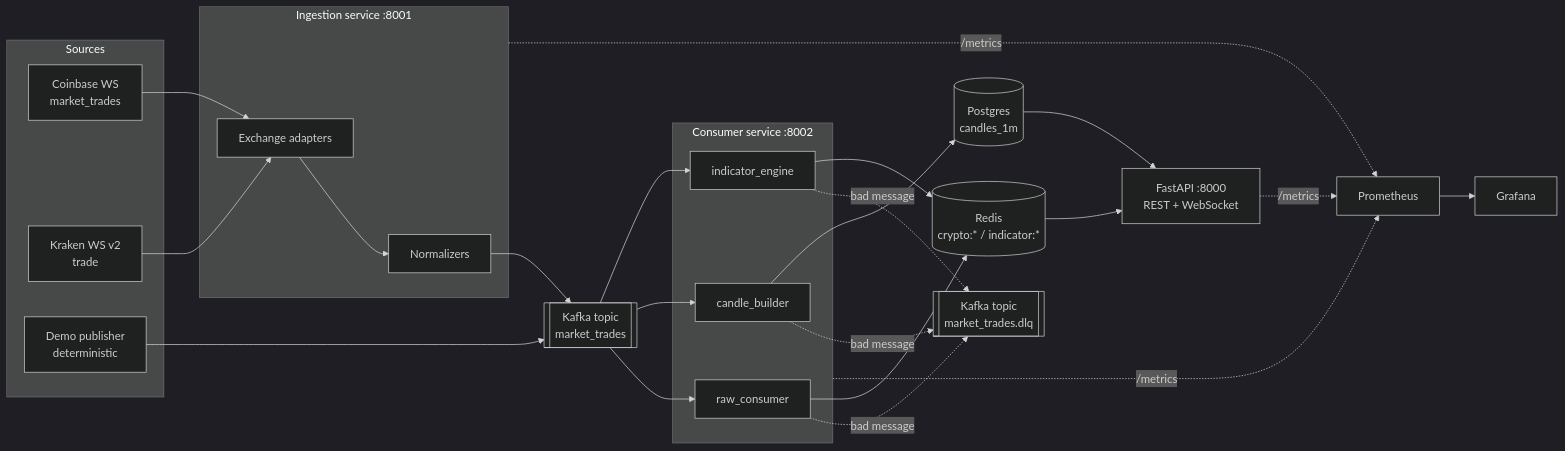
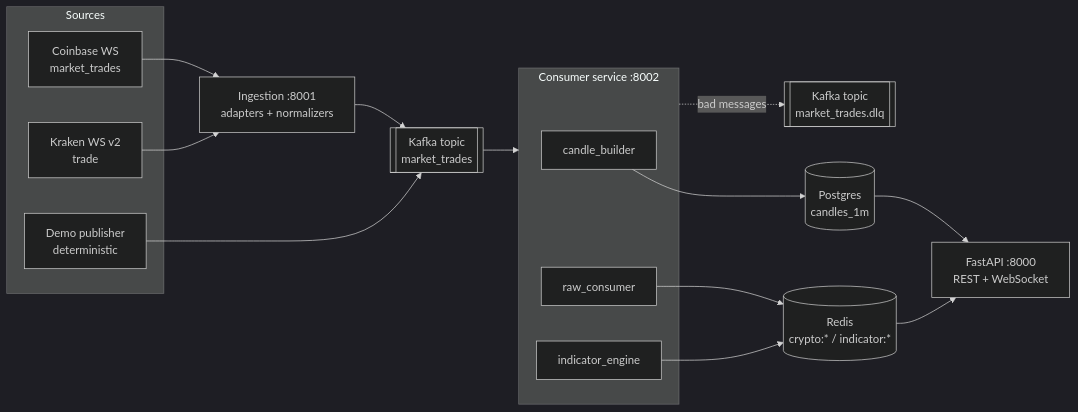
Before and after one commit to obro79/Flux: the first of 2 diagrams in docs/ARCHITECTURE.md, drawn with Mermaid (dark theme).

Commit message:
Simplify architecture overview diagram

````diff
--- a/docs/ARCHITECTURE.md
+++ b/docs/ARCHITECTURE.md
@@ -7,42 +7,27 @@
 ```mermaid
 flowchart LR
     subgraph Sources
         CB[Coinbase WS<br/>market_trades]
         KR[Kraken WS v2<br/>trade]
         DM[Demo publisher<br/>deterministic]
     end
-
-    subgraph Ingestion["Ingestion service :8001"]
-        AD[Exchange adapters]
-        NZ[Normalizers]
-    end
-
+    ING["Ingestion :8001<br/>adapters + normalizers"]
     K[[Kafka topic<br/>market_trades]]
-    DLQ[[Kafka topic<br/>market_trades.dlq]]
-
     subgraph Consumers["Consumer service :8002"]
+        TC[candle_builder]
         RC[raw_consumer]
-        TC[candle_builder]
         IC[indicator_engine]
     end
-
+    DLQ[[Kafka topic<br/>market_trades.dlq]]
     PG[(Postgres<br/>candles_1m)]
     RD[(Redis<br/>crypto:* / indicator:*)]
     API["FastAPI :8000<br/>REST + WebSocket"]
-    PR[Prometheus] --> GF[Grafana]
 
-    CB --> AD
-    KR --> AD
-    AD --> NZ --> K
+    CB & KR --> ING --> K
     DM --> K
-    K --> RC & TC & IC
-    RC & TC & IC -. bad message .-> DLQ
-    RC --> RD
-    IC --> RD
+    K --> Consumers
+    Consumers -. bad messages .-> DLQ
     TC --> PG
-    PG --> API
-    RD --> API
-    Ingestion -. /metrics .-> PR
-    Consumers -. /metrics .-> PR
-    API -. /metrics .-> PR
+    RC & IC --> RD
+    PG & RD --> API
 ```
````
